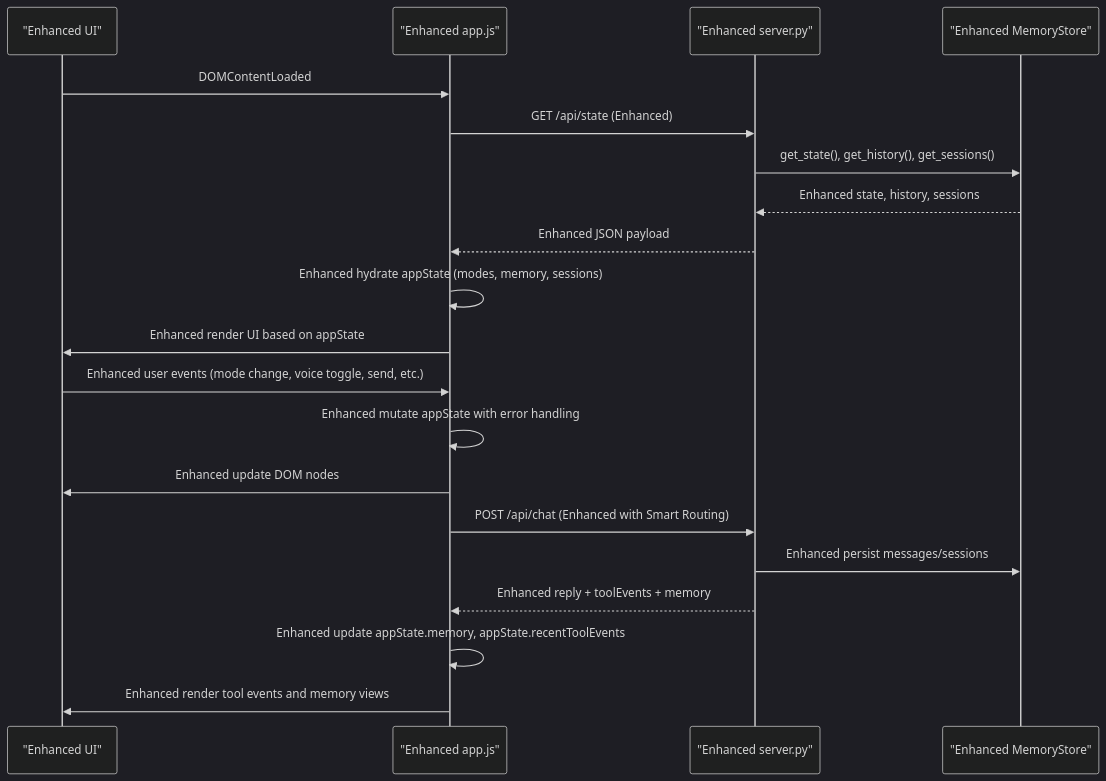
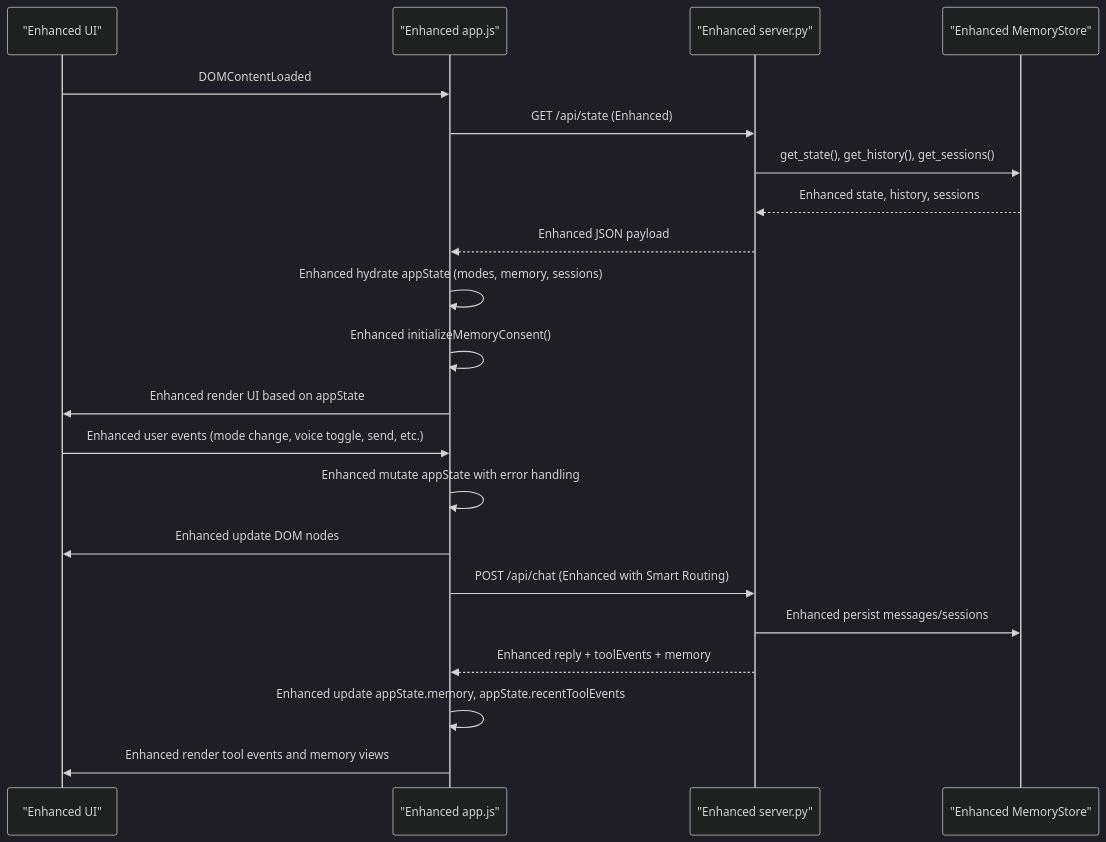
Before and after one commit to Sovetsky-Soyuz/AI-Assistant: the second of 4 diagrams in .qoder/repowiki/en/content/Frontend Components/Application Logic/State Management.md, drawn with Mermaid (dark theme). The commit also changed other lines of this file and 15 other files, not shown here.

````diff
--- a/.qoder/repowiki/en/content/Frontend Components/Application Logic/State Management.md
+++ b/.qoder/repowiki/en/content/Frontend Components/Application Logic/State Management.md
@@ -128,22 +135,23 @@
 ```mermaid
 sequenceDiagram
 participant UI as "Enhanced UI"
 participant APP as "Enhanced app.js"
 participant SRV as "Enhanced server.py"
 participant MS as "Enhanced MemoryStore"
 UI->>APP : DOMContentLoaded
 APP->>SRV : GET /api/state (Enhanced)
 SRV->>MS : get_state(), get_history(), get_sessions()
 MS-->>SRV : Enhanced state, history, sessions
 SRV-->>APP : Enhanced JSON payload
 APP->>APP : Enhanced hydrate appState (modes, memory, sessions)
+APP->>APP : Enhanced initializeMemoryConsent()
 APP->>UI : Enhanced render UI based on appState
 UI->>APP : Enhanced user events (mode change, voice toggle, send, etc.)
 APP->>APP : Enhanced mutate appState with error handling
 APP->>UI : Enhanced update DOM nodes
 APP->>SRV : POST /api/chat (Enhanced with Smart Routing)
 SRV->>MS : Enhanced persist messages/sessions
 SRV-->>APP : Enhanced reply + toolEvents + memory
 APP->>APP : Enhanced update appState.memory, appState.recentToolEvents
 APP->>UI : Enhanced render tool events and memory views
 ```
````
